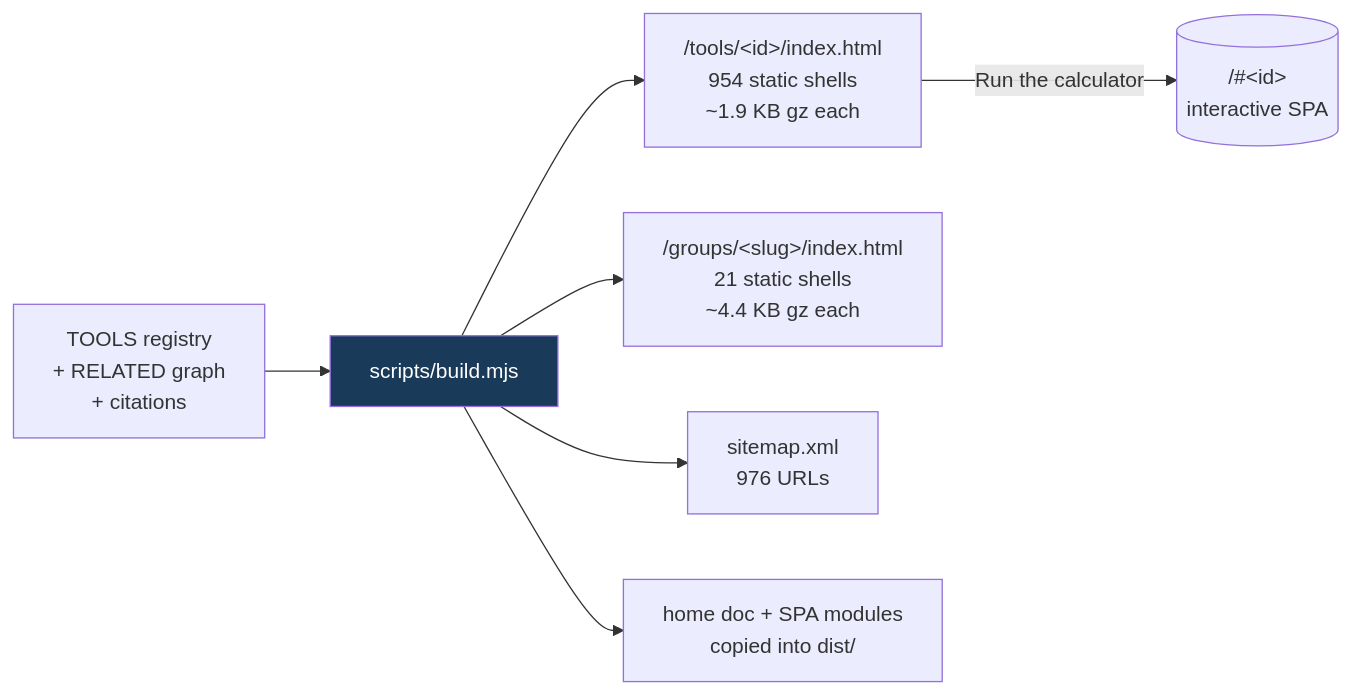
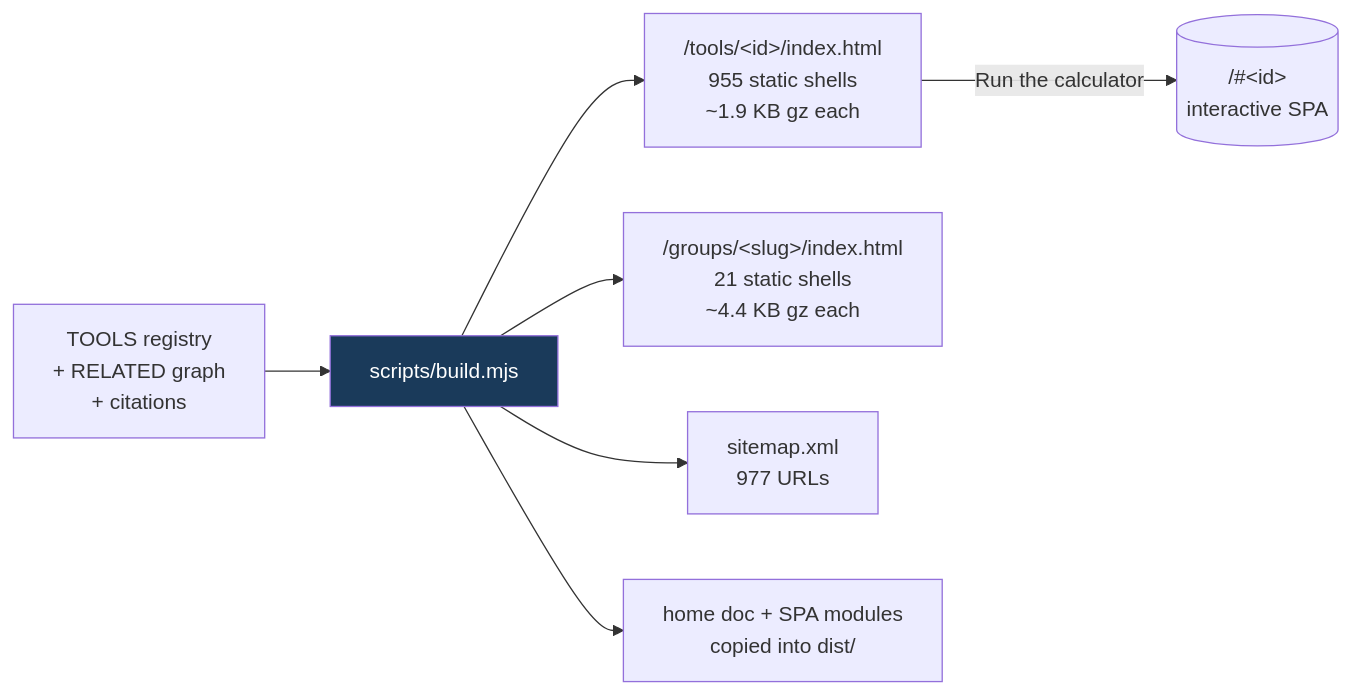
Before and after one commit to clay-good/roughlogic.com: the fifth of 8 diagrams in README.md, drawn with Mermaid. The commit also changed other lines of this file and 12 other files, not shown here.

````diff
--- a/README.md
+++ b/README.md
@@ -495,10 +495,10 @@
 ```mermaid
 flowchart LR
     SRC[TOOLS registry\n+ RELATED graph\n+ citations] --> BUILD[scripts/build.mjs]
-    BUILD --> TILE["/tools/&lt;id&gt;/index.html\n954 static shells\n~1.9 KB gz each"]
+    BUILD --> TILE["/tools/&lt;id&gt;/index.html\n955 static shells\n~1.9 KB gz each"]
     BUILD --> GROUP["/groups/&lt;slug&gt;/index.html\n21 static shells\n~4.4 KB gz each"]
-    BUILD --> MAP["sitemap.xml\n976 URLs"]
+    BUILD --> MAP["sitemap.xml\n977 URLs"]
     BUILD --> COPY[home doc + SPA modules\ncopied into dist/]
     TILE -->|Run the calculator| SPA[("/#&lt;id&gt;\ninteractive SPA")]
     style BUILD fill:#1a3a5a,color:#fff
 ```
````
